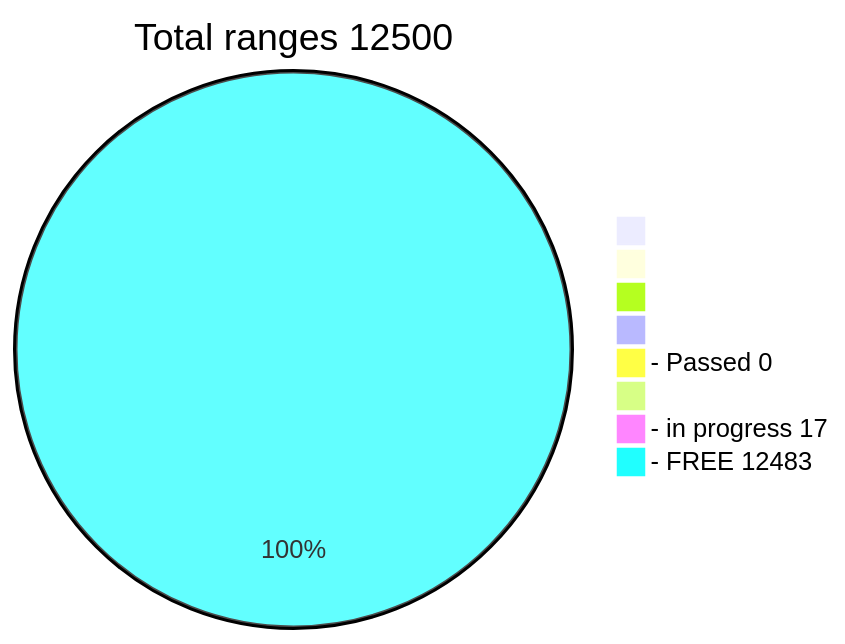
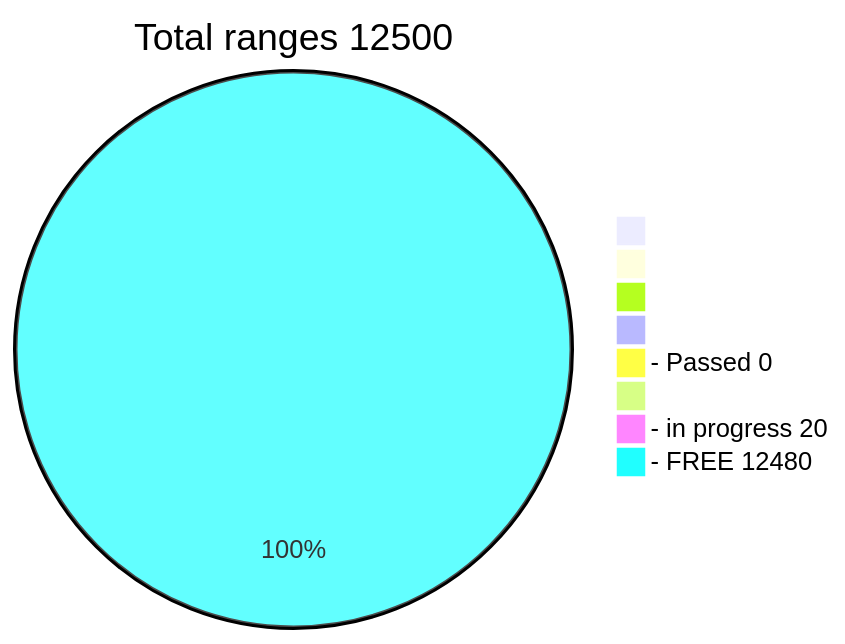
One commit to phrutis/Passphrases changed the diagram in README.md. Above: the diagram before and after it, drawn with Mermaid.

````diff
--- a/README.md
+++ b/README.md
@@ -3,12 +3,12 @@
 ```mermaid
 pie title Total ranges 12500
              " " : 0
             "  " : 0
            "   " : 0
           "    " : 0
   "- Passed 0" : 0
          "     " : 0
-  "- in progress 17" : 17
-   "- FREE 12483" : 12483
+  "- in progress 20" : 20
+   "- FREE 12480" : 12480
    
 ```
````
